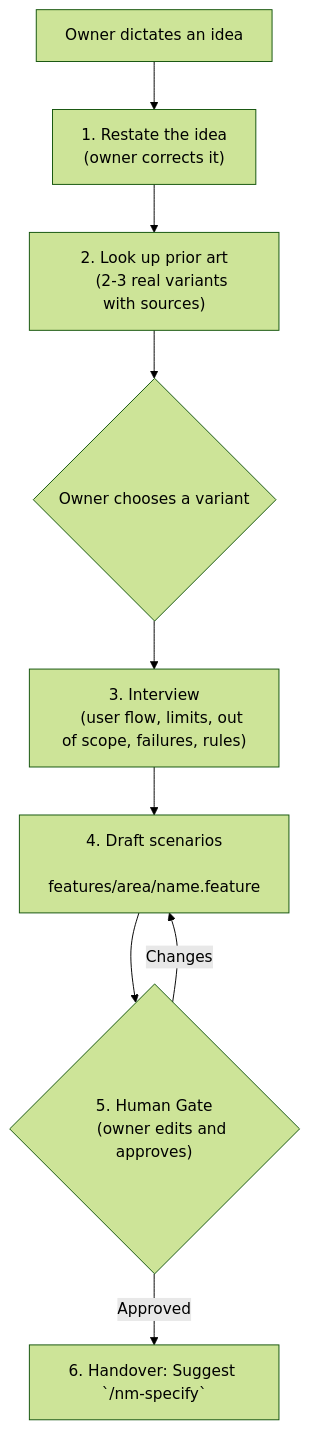
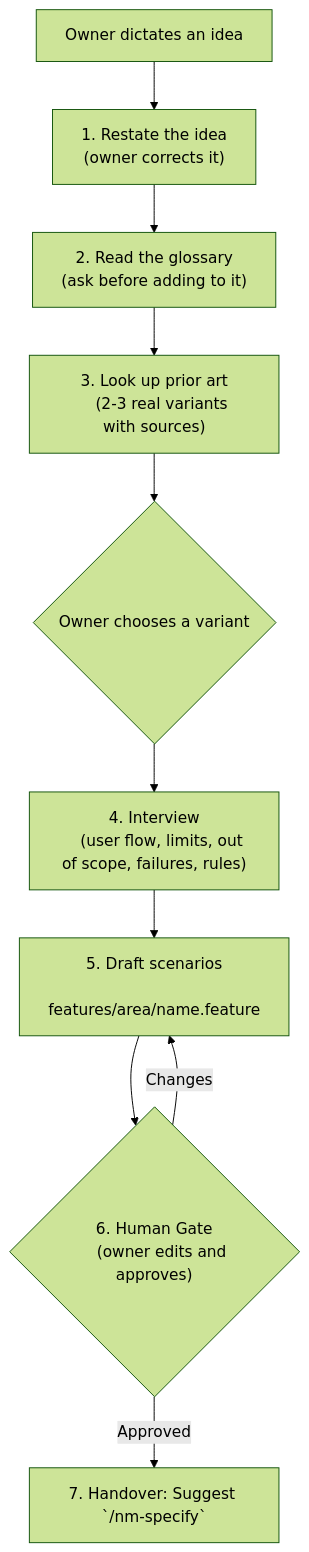
The diagram in .agents/skills/nm-feature/SKILL.md (jiva-studio/numen), drawn with Mermaid (forest theme) before and after one commit. The commit also changed other lines of this file, not shown here.

Commit message:
docs(agents): the feature skill reads the glossary and asks before adding to it

````diff
--- a/.agents/skills/nm-feature/SKILL.md
+++ b/.agents/skills/nm-feature/SKILL.md
@@ -10,16 +10,18 @@
 ```mermaid
 flowchart TD
     Idea["Owner dictates an idea"] --> Restate["1. Restate the idea
     (owner corrects it)"]
-    Restate --> Prior["2. Look up prior art
+    Restate --> Words["2. Read the glossary
+    (ask before adding to it)"]
+    Words --> Prior["3. Look up prior art
     (2-3 real variants with sources)"]
     Prior --> Choose{"Owner chooses a variant"}
-    Choose --> Interview["3. Interview
+    Choose --> Interview["4. Interview
     (user flow, limits, out of scope, failures, rules)"]
-    Interview --> Draft["4. Draft scenarios
+    Interview --> Draft["5. Draft scenarios
     features/area/name.feature"]
-    Draft --> Gate{"5. Human Gate
+    Draft --> Gate{"6. Human Gate
     (owner edits and approves)"}
     Gate -->|"Changes"| Draft
-    Gate -->|"Approved"| Next["6. Handover: Suggest `/nm-specify`"]
+    Gate -->|"Approved"| Next["7. Handover: Suggest `/nm-specify`"]
 ```
````
